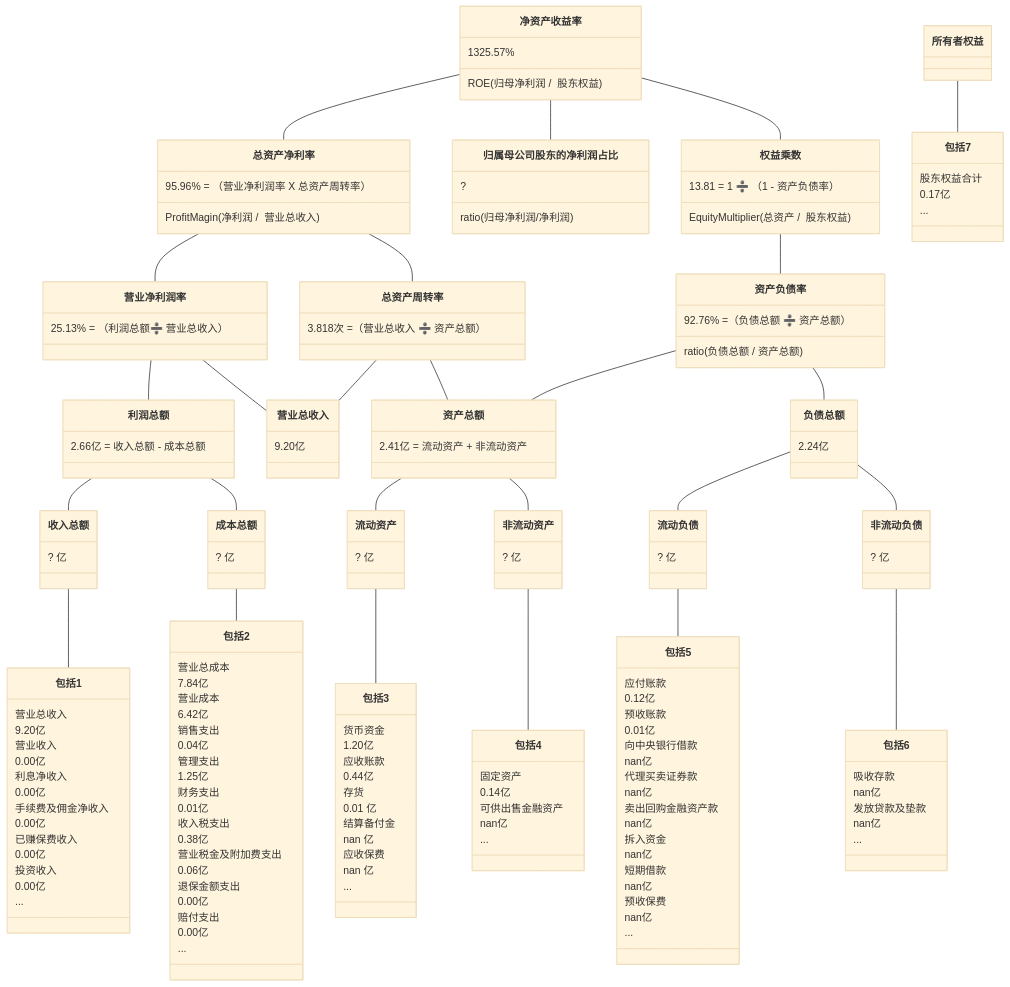
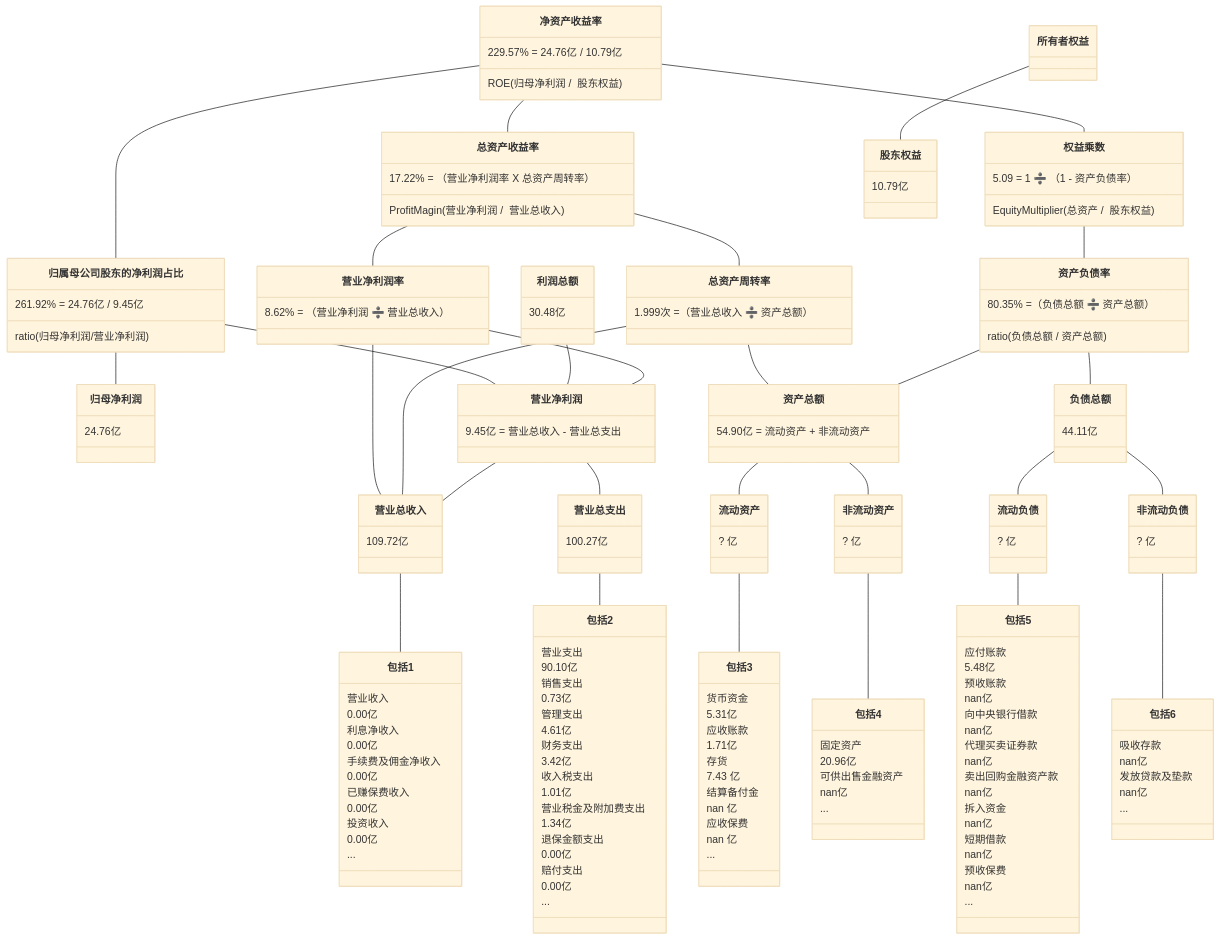
The first of 10 diagrams in 2/2.md (TheVeryDarkness/cs410), drawn with Mermaid (base theme) before and after one commit. The commit also changed other lines of this file and 262 other files, not shown here.

````diff
--- a/2/2.md
+++ b/2/2.md
@@ -4,53 +21,55 @@
 ```mermaid
 classDiagram
-净资产收益率 -- 总资产净利率
-    净资产收益率 : 1325.57%
+净资产收益率 -- 总资产收益率
+    净资产收益率 : 229.57% = 24.76亿 / 10.79亿
     净资产收益率 : ROE(归母净利润 /  股东权益)
-    总资产净利率 : 95.96% = （营业净利润率 X 总资产周转率）
-    总资产净利率 : ProfitMagin(净利润 /  营业总收入)
+    总资产收益率 : 17.22% = （营业净利润率 X 总资产周转率）
+    总资产收益率 : ProfitMagin(营业净利润 /  营业总收入)
 净资产收益率 -- 归属母公司股东的净利润占比
-	归属母公司股东的净利润占比 : ?
-	归属母公司股东的净利润占比 : ratio(归母净利润/净利润)
+	  归属母公司股东的净利润占比 : 261.92% = 24.76亿 / 9.45亿
+	  归属母公司股东的净利润占比 : ratio(归母净利润/营业净利润)
+归属母公司股东的净利润占比 -- 归母净利润
+    归母净利润 : 24.76亿
+归属母公司股东的净利润占比 -- 营业净利润
+利润总额 : 30.48亿
+利润总额 -- 营业净利润
 净资产收益率 -- 权益乘数
-    权益乘数 : 13.81 = 1 ➗ （1 - 资产负债率）
+    权益乘数 : 5.09 = 1 ➗ （1 - 资产负债率）
     权益乘数 : EquityMultiplier(总资产 /  股东权益)
-    
-总资产净利率 -- 营业净利润率
-    营业净利润率 : 25.13% = （利润总额➗ 营业总收入）
-总资产净利率 -- 总资产周转率
-    总资产周转率 : 3.818次 =（营业总收入 ➗ 资产总额）
+
+总资产收益率 -- 营业净利润率
+    营业净利润率 : 8.62% = （营业净利润 ➗ 营业总收入）
+总资产收益率 -- 总资产周转率
+    总资产周转率 : 1.999次 =（营业总收入 ➗ 资产总额）
 权益乘数 -- 资产负债率
-    资产负债率  : 92.76% =（负债总额 ➗ 资产总额）
+    资产负债率  : 80.35% =（负债总额 ➗ 资产总额）
     资产负债率  : ratio(负债总额 / 资产总额)
 
-营业净利润率 -- 利润总额
-   利润总额 : 2.66亿 = 收入总额 - 成本总额
+营业净利润率 -- 营业净利润
+    营业净利润 : 9.45亿 = 营业总收入 - 营业总支出
 营业净利润率 -- 营业总收入
-    营业总收入 : 9.20亿
 总资产周转率 -- 营业总收入
 总资产周转率 -- 资产总额
-    资产总额 : 2.41亿 = 流动资产 + 非流动资产
-资产负债率 -- 　负债总额
-    负债总额 : 2.24亿
-资产负债率 -- 　资产总额
+    资产总额 : 54.90亿 = 流动资产 + 非流动资产
+资产负债率 -- 负债总额
+    负债总额 : 44.11亿
+资产负债率 -- 资产总额
 
 
-利润总额 -- 收入总额
-    收入总额 : ? 亿
-利润总额 -- 成本总额
-    成本总额 : ? 亿
+营业净利润 -- 营业总收入
+    营业总收入 : 109.72亿
+营业净利润 -- 营业总支出
+    营业总支出 : 100.27亿
 资产总额 -- 流动资产
-	流动资产 : ? 亿
+	  流动资产 : ? 亿
 资产总额 -- 非流动资产
-	非流动资产 : ? 亿
+	  非流动资产 : ? 亿
 负债总额 -- 流动负债
-	流动负债 : ? 亿
+	  流动负债 : ? 亿
 负债总额 -- 非流动负债
-	非流动负债 : ? 亿
+	  非流动负债 : ? 亿
 
-收入总额 -- 包括1
-    包括1 : 营业总收入
-    包括1 : 9.20亿
+营业总收入 -- 包括1
     包括1 : 营业收入
     包括1 : 0.00亿
     包括1 : 利息净收入
@@ -62,21 +81,19 @@
     包括1 : 投资收入
     包括1 : 0.00亿
     包括1 : ...
-成本总额 -- 包括2
-    包括2 : 营业总成本
-    包括2 : 7.84亿
-    包括2 : 营业成本
-    包括2 : 6.42亿
+营业总支出 -- 包括2
+    包括2 : 营业支出
+    包括2 : 90.10亿
     包括2 : 销售支出
-    包括2 : 0.04亿
+    包括2 : 0.73亿
     包括2 : 管理支出
-    包括2 : 1.25亿
+    包括2 : 4.61亿
     包括2 : 财务支出
-    包括2 : 0.01亿
+    包括2 : 3.42亿
     包括2 : 收入税支出
-    包括2 : 0.38亿
+    包括2 : 1.01亿
     包括2 : 营业税金及附加费支出
-    包括2 : 0.06亿
+    包括2 : 1.34亿
     包括2 : 退保金额支出
     包括2 : 0.00亿
     包括2 : 赔付支出
@@ -84,11 +101,11 @@
     包括2 : ...
 流动资产 -- 包括3
     包括3 : 货币资金
-    包括3 : 1.20亿
+    包括3 : 5.31亿
     包括3 : 应收账款
-    包括3 : 0.44亿
+    包括3 : 1.71亿
     包括3 : 存货
-    包括3 : 0.01 亿
+    包括3 : 7.43 亿
     包括3 : 结算备付金
     包括3 : nan 亿
     包括3 : 应收保费
@@ -96,15 +113,15 @@
     包括3 : ...
 非流动资产 -- 包括4
     包括4 : 固定资产
-    包括4 : 0.14亿
+    包括4 : 20.96亿
     包括4 : 可供出售金融资产
     包括4 : nan亿
     包括4 : ...
 流动负债 -- 包括5
     包括5 : 应付账款
-    包括5 : 0.12亿
+    包括5 : 5.48亿
     包括5 : 预收账款
-    包括5 : 0.01亿
+    包括5 : nan亿
     包括5 : 向中央银行借款
     包括5 : nan亿
     包括5 : 代理买卖证券款
@@ -124,8 +141,6 @@
     包括6 : 发放贷款及垫款
     包括6 : nan亿
     包括6 : ...
-所有者权益 -- 包括7
-    包括7 : 股东权益合计
-    包括7 : 0.17亿
-    包括7 : ...
+所有者权益 -- 股东权益
+    股东权益 : 10.79亿
 ```
````
